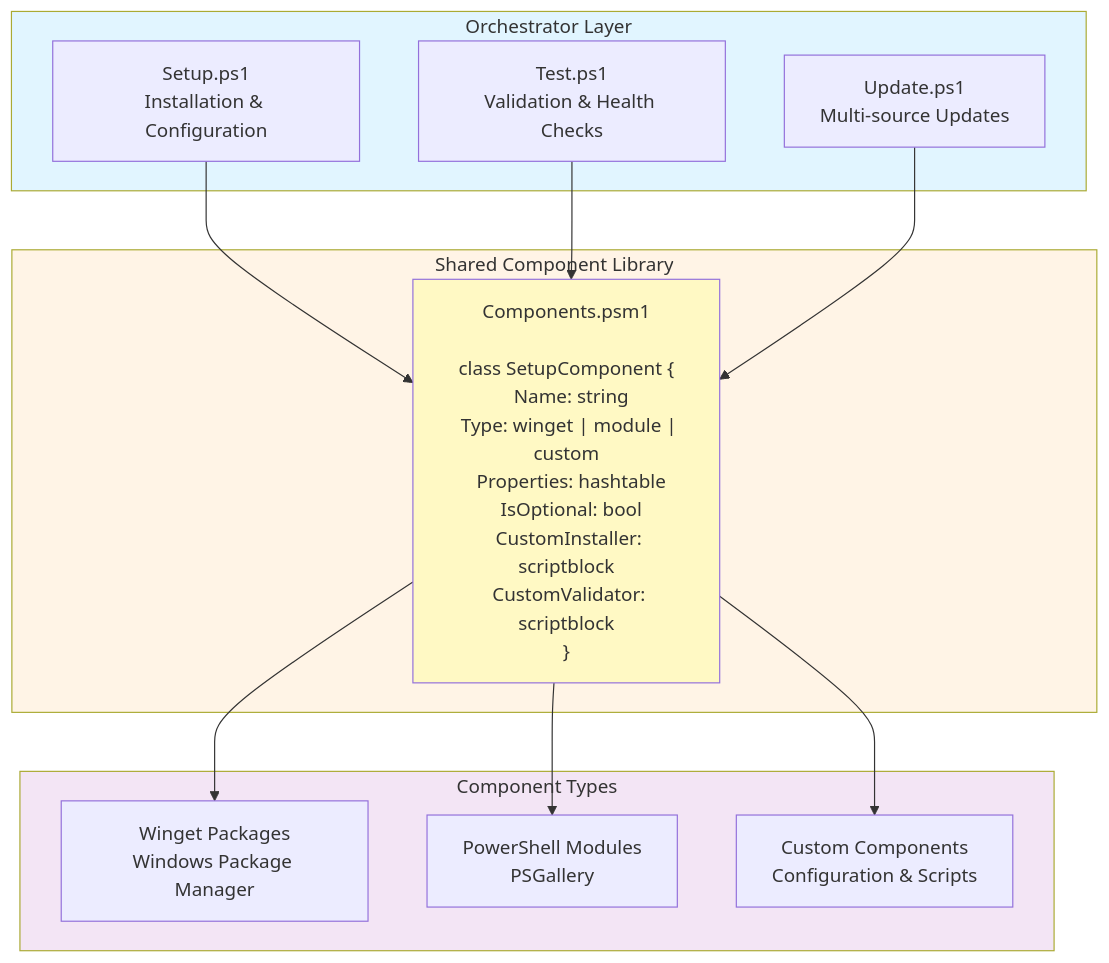
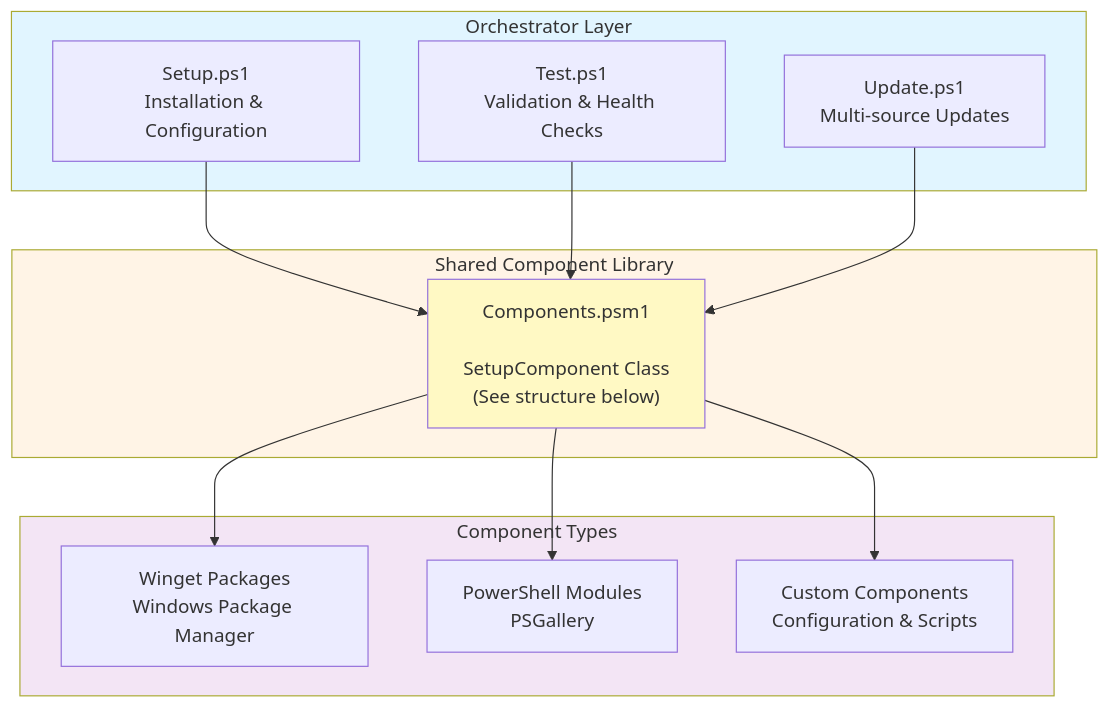
The diagram in docs/architecture/overview.md (Tsabo/PowerShell-DevKit), drawn with Mermaid before and after one commit. The commit also changed other lines of this file, not shown here.

First line of the commit message:
Clarifies SetupComponent structure in docs

````diff
--- a/docs/architecture/overview.md
+++ b/docs/architecture/overview.md
@@ -39,31 +39,31 @@
 ```mermaid
 graph TB
     subgraph Orchestrator["Orchestrator Layer"]
         Setup["Setup.ps1<br/>Installation & Configuration"]
         Test["Test.ps1<br/>Validation & Health Checks"]
         Update["Update.ps1<br/>Multi-source Updates"]
     end
 
     subgraph Library["Shared Component Library"]
-        Components["Components.psm1<br/><br/>class SetupComponent {<br/>  Name: string<br/>  Type: winget | module | custom<br/>  Properties: hashtable<br/>  IsOptional: bool<br/>  CustomInstaller: scriptblock<br/>  CustomValidator: scriptblock<br/>}"]
+        Components["Components.psm1<br/><br/>SetupComponent Class<br/>(See structure below)"]
     end
 
     subgraph Types["Component Types"]
         Winget["Winget Packages<br/>Windows Package Manager"]
         Module["PowerShell Modules<br/>PSGallery"]
         Custom["Custom Components<br/>Configuration & Scripts"]
     end
 
     Setup --> Components
     Test --> Components
     Update --> Components
 
     Components --> Winget
     Components --> Module
     Components --> Custom
 
     style Orchestrator fill:#e1f5ff
     style Library fill:#fff4e6
     style Types fill:#f3e5f5
     style Components fill:#fff9c4
 ```
````
